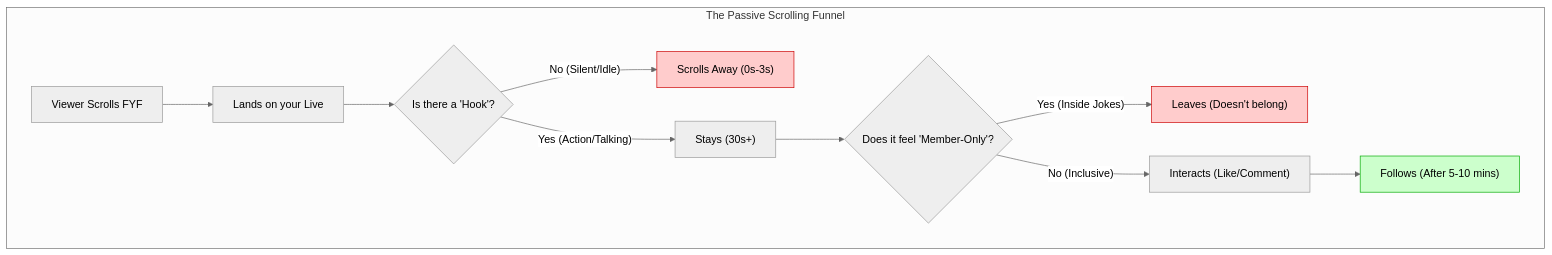
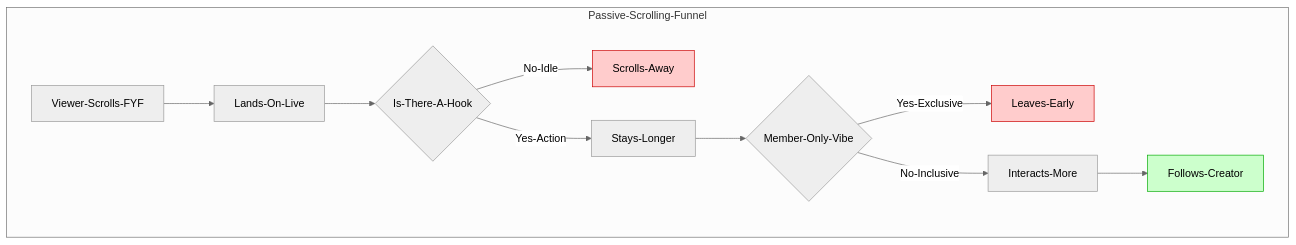
The diagram in data/blog/tiktok-live-viewer-conversion-reality-2026.mdx (littl3-boat/ttwise), drawn with Mermaid (neutral theme) before and after one commit. The commit also changed 6 other files, not shown here.

Commit message:
fix: resolve Mermaid syntax errors in recent blog posts

````diff
--- a/data/blog/tiktok-live-viewer-conversion-reality-2026.mdx
+++ b/data/blog/tiktok-live-viewer-conversion-reality-2026.mdx
@@ -25,20 +25,20 @@
 ```mermaid
-graph TD
-    subgraph "The Passive Scrolling Funnel"
-        A["Viewer Scrolls FYF"] --> B["Lands on your Live"]
-        B --> C{"Is there a 'Hook'?"}
+flowchart TD
+    subgraph Passive-Scrolling-Funnel
+        A[Viewer-Scrolls-FYF] --> B[Lands-On-Live]
+        B --> C{Is-There-A-Hook}
         
-        C -- "No (Silent/Idle)" --> D["Scrolls Away (0s-3s)"]
-        C -- "Yes (Action/Talking)" --> E["Stays (30s+)"]
+        C -- No-Idle --> D[Scrolls-Away]
+        C -- Yes-Action --> E[Stays-Longer]
         
-        E --> F{"Does it feel 'Member-Only'?"}
-        F -- "Yes (Inside Jokes)" --> G["Leaves (Doesn't belong)"]
-        F -- "No (Inclusive)" --> H["Interacts (Like/Comment)"]
+        E --> F{Member-Only-Vibe}
+        F -- Yes-Exclusive --> G[Leaves-Early]
+        F -- No-Inclusive --> H[Interacts-More]
         
-        H --> I["Follows (After 5-10 mins)"]
+        H --> I[Follows-Creator]
     end
     
     style D fill:#ffcccc,stroke:#cc0000
     style G fill:#ffcccc,stroke:#cc0000
     style I fill:#ccffcc,stroke:#00aa00
 ```
````
